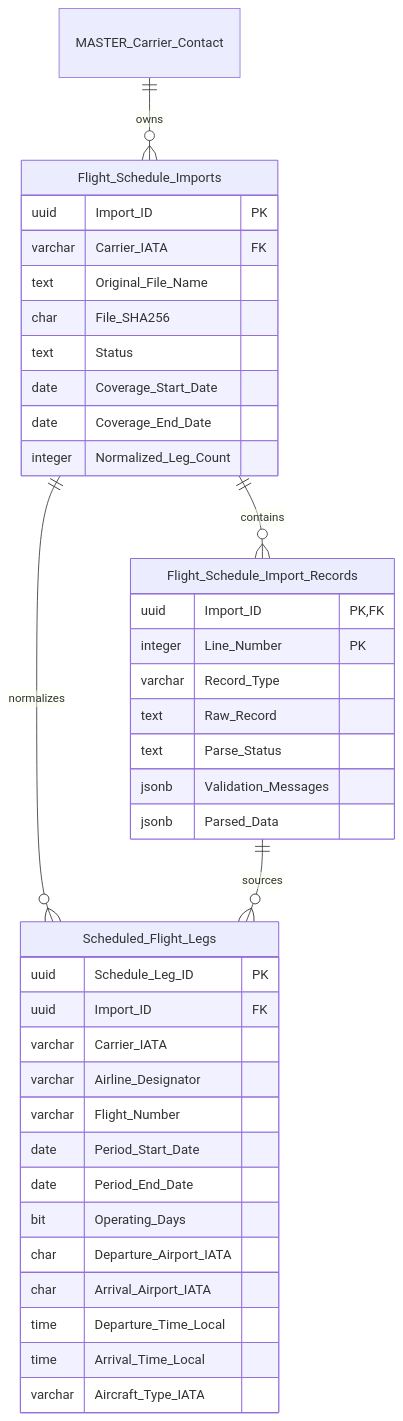
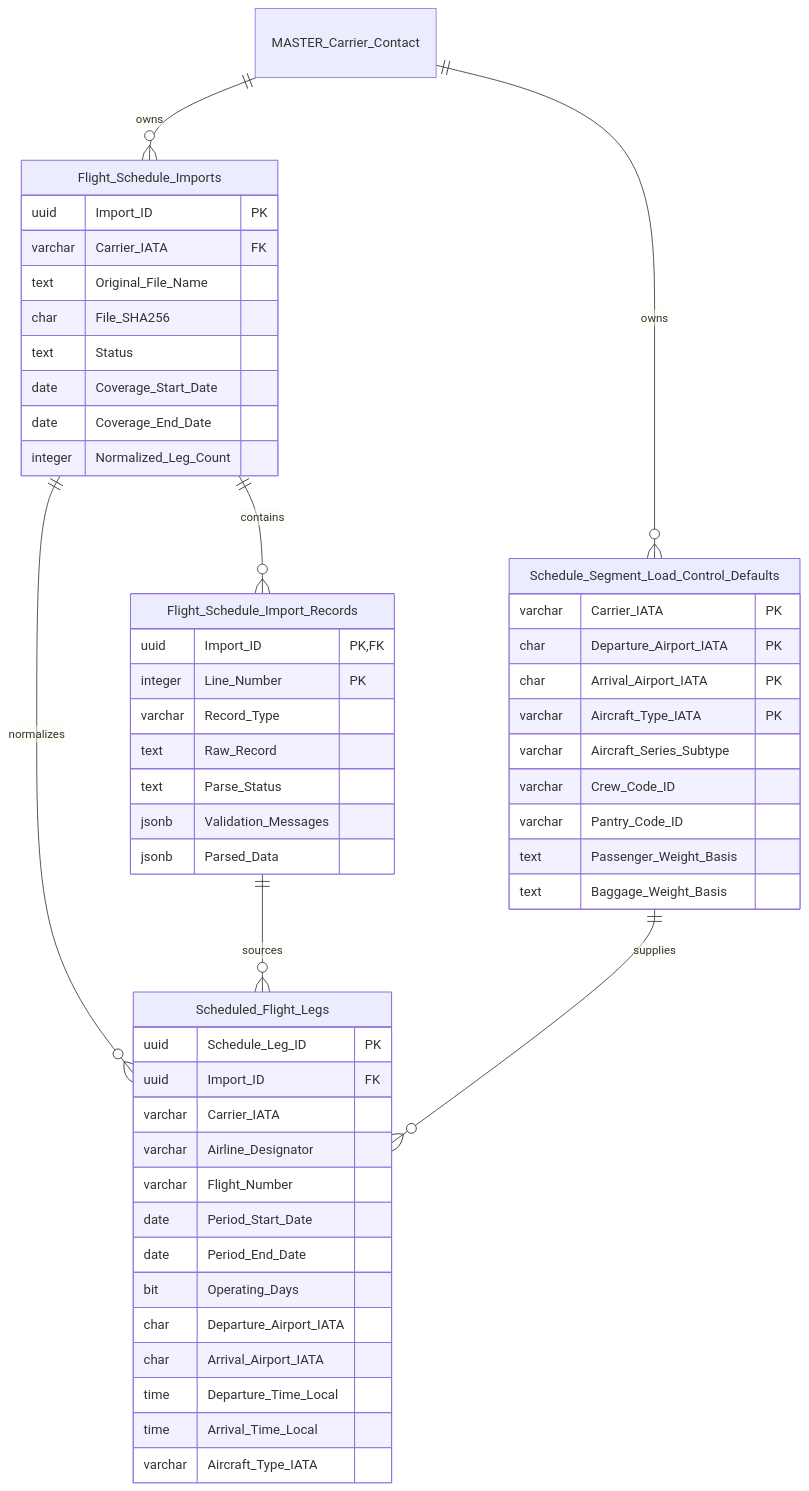
One commit to hartshornemark/WAB changed the first of 2 diagrams in docs/flight-schedule-ssim-storage.md. Above: the diagram before and after it, drawn with Mermaid. The commit also changed other lines of this file and 11 other files, not shown here.

Commit message:
Add reusable schedule segment defaults

````diff
--- a/docs/flight-schedule-ssim-storage.md
+++ b/docs/flight-schedule-ssim-storage.md
@@ -13,44 +13,58 @@
 ```mermaid
 erDiagram
     MASTER_Carrier_Contact ||--o{ Flight_Schedule_Imports : owns
     Flight_Schedule_Imports ||--o{ Flight_Schedule_Import_Records : contains
     Flight_Schedule_Imports ||--o{ Scheduled_Flight_Legs : normalizes
     Flight_Schedule_Import_Records ||--o{ Scheduled_Flight_Legs : sources
+    MASTER_Carrier_Contact ||--o{ Schedule_Segment_Load_Control_Defaults : owns
+    Schedule_Segment_Load_Control_Defaults ||--o{ Scheduled_Flight_Legs : supplies
 
     Flight_Schedule_Imports {
         uuid Import_ID PK
         varchar Carrier_IATA FK
         text Original_File_Name
         char File_SHA256
         text Status
         date Coverage_Start_Date
         date Coverage_End_Date
         integer Normalized_Leg_Count
     }
 
     Flight_Schedule_Import_Records {
         uuid Import_ID PK,FK
         integer Line_Number PK
         varchar Record_Type
         text Raw_Record
         text Parse_Status
         jsonb Validation_Messages
         jsonb Parsed_Data
     }
 
     Scheduled_Flight_Legs {
         uuid Schedule_Leg_ID PK
         uuid Import_ID FK
         varchar Carrier_IATA
         varchar Airline_Designator
         varchar Flight_Number
         date Period_Start_Date
         date Period_End_Date
         bit Operating_Days
         char Departure_Airport_IATA
         char Arrival_Airport_IATA
         time Departure_Time_Local
         time Arrival_Time_Local
         varchar Aircraft_Type_IATA
     }
+
+    Schedule_Segment_Load_Control_Defaults {
+        varchar Carrier_IATA PK
+        char Departure_Airport_IATA PK
+        char Arrival_Airport_IATA PK
+        varchar Aircraft_Type_IATA PK
+        varchar Aircraft_Series_Subtype
+        varchar Crew_Code_ID
+        varchar Pantry_Code_ID
+        text Passenger_Weight_Basis
+        text Baggage_Weight_Basis
+    }
 ```
````
